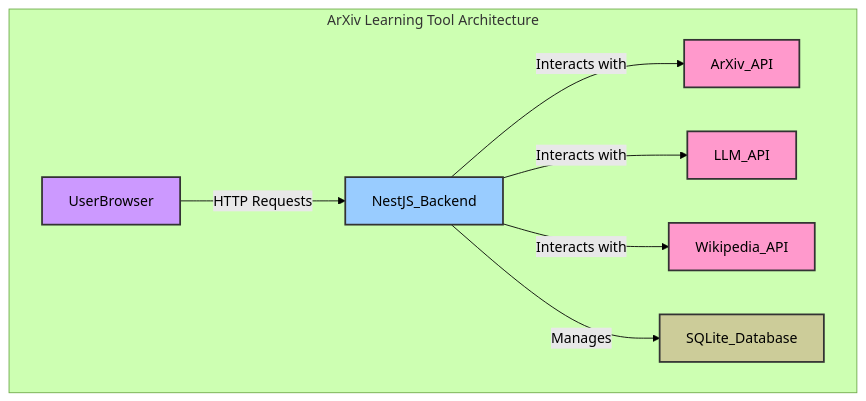
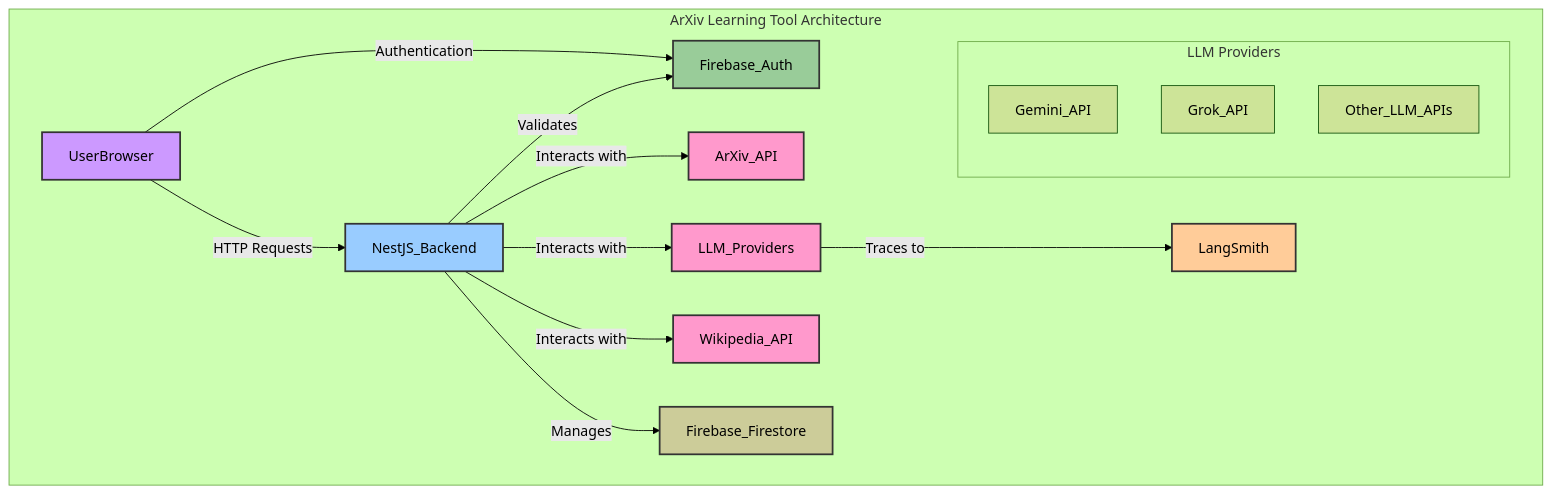
The diagram in docs/digest-PRD.md (wgilpin/arxiv-digest), drawn with Mermaid (forest theme) before and after one commit. The commit also changed other lines of this file, not shown here.

Commit message:
feat: update PRD to reflect user authentication and data persistence with Firebase

````diff
--- a/docs/digest-PRD.md
+++ b/docs/digest-PRD.md
@@ -104,17 +115,28 @@
 ```mermaid
 graph TD
     subgraph "ArXiv Learning Tool Architecture"
         UserBrowser -- HTTP Requests --> NestJS_Backend
+        UserBrowser -- Authentication --> Firebase_Auth
         NestJS_Backend -- Interacts with --> ArXiv_API
-        NestJS_Backend -- Interacts with --> LLM_API
+        NestJS_Backend -- Interacts with --> LLM_Providers
         NestJS_Backend -- Interacts with --> Wikipedia_API
-        NestJS_Backend -- Manages --> SQLite_Database
+        NestJS_Backend -- Manages --> Firebase_Firestore
+        NestJS_Backend -- Validates --> Firebase_Auth
+        LLM_Providers -- Traces to --> LangSmith
+        
+        subgraph "LLM Providers"
+            Gemini_API
+            Grok_API
+            Other_LLM_APIs
+        end
     end
 
     style UserBrowser fill:#c9f,stroke:#333,stroke-width:2px
     style NestJS_Backend fill:#9cf,stroke:#333,stroke-width:2px
     style ArXiv_API fill:#f9c,stroke:#333,stroke-width:2px
-    style LLM_API fill:#f9c,stroke:#333,stroke-width:2px
+    style LLM_Providers fill:#f9c,stroke:#333,stroke-width:2px
     style Wikipedia_API fill:#f9c,stroke:#333,stroke-width:2px
-    style SQLite_Database fill:#cc9,stroke:#333,stroke-width:2px
+    style Firebase_Firestore fill:#cc9,stroke:#333,stroke-width:2px
+    style Firebase_Auth fill:#9c9,stroke:#333,stroke-width:2px
+    style LangSmith fill:#fc9,stroke:#333,stroke-width:2px
 ```
````
